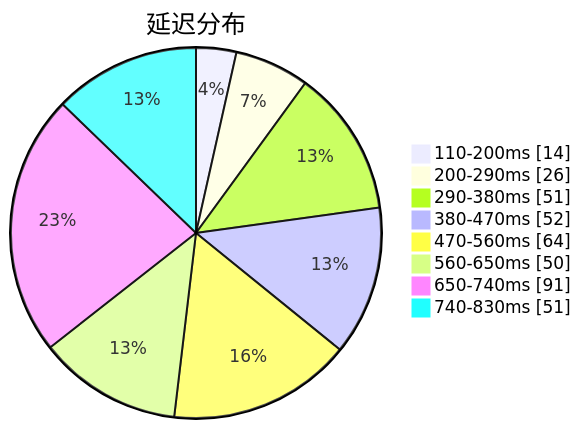
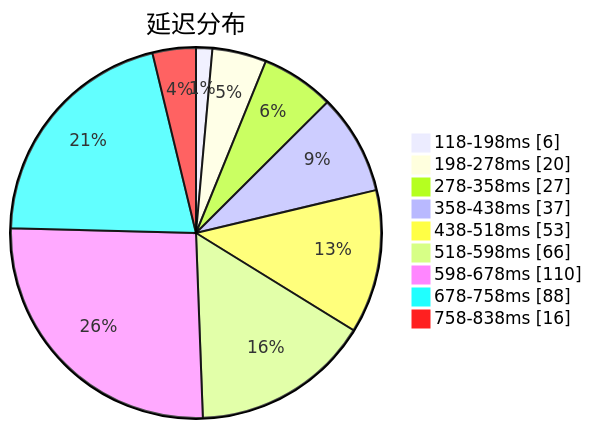
Before and after one commit to sinspired/airport: the first of 3 diagrams in subs/statistics/tested_within.md, drawn with Mermaid. The commit also changed other lines of this file and 2 other files, not shown here.

````diff
--- a/subs/statistics/tested_within.md
+++ b/subs/statistics/tested_within.md
@@ -2,12 +2,13 @@
 ```mermaid
 pie showData
 title 延迟分布
-"110-200ms" : 14
-"200-290ms" : 26
-"290-380ms" : 51
-"380-470ms" : 52
-"470-560ms" : 64
-"560-650ms" : 50
-"650-740ms" : 91
-"740-830ms" : 51
+"118-198ms" : 6
+"198-278ms" : 20
+"278-358ms" : 27
+"358-438ms" : 37
+"438-518ms" : 53
+"518-598ms" : 66
+"598-678ms" : 110
+"678-758ms" : 88
+"758-838ms" : 16
 ```
````
